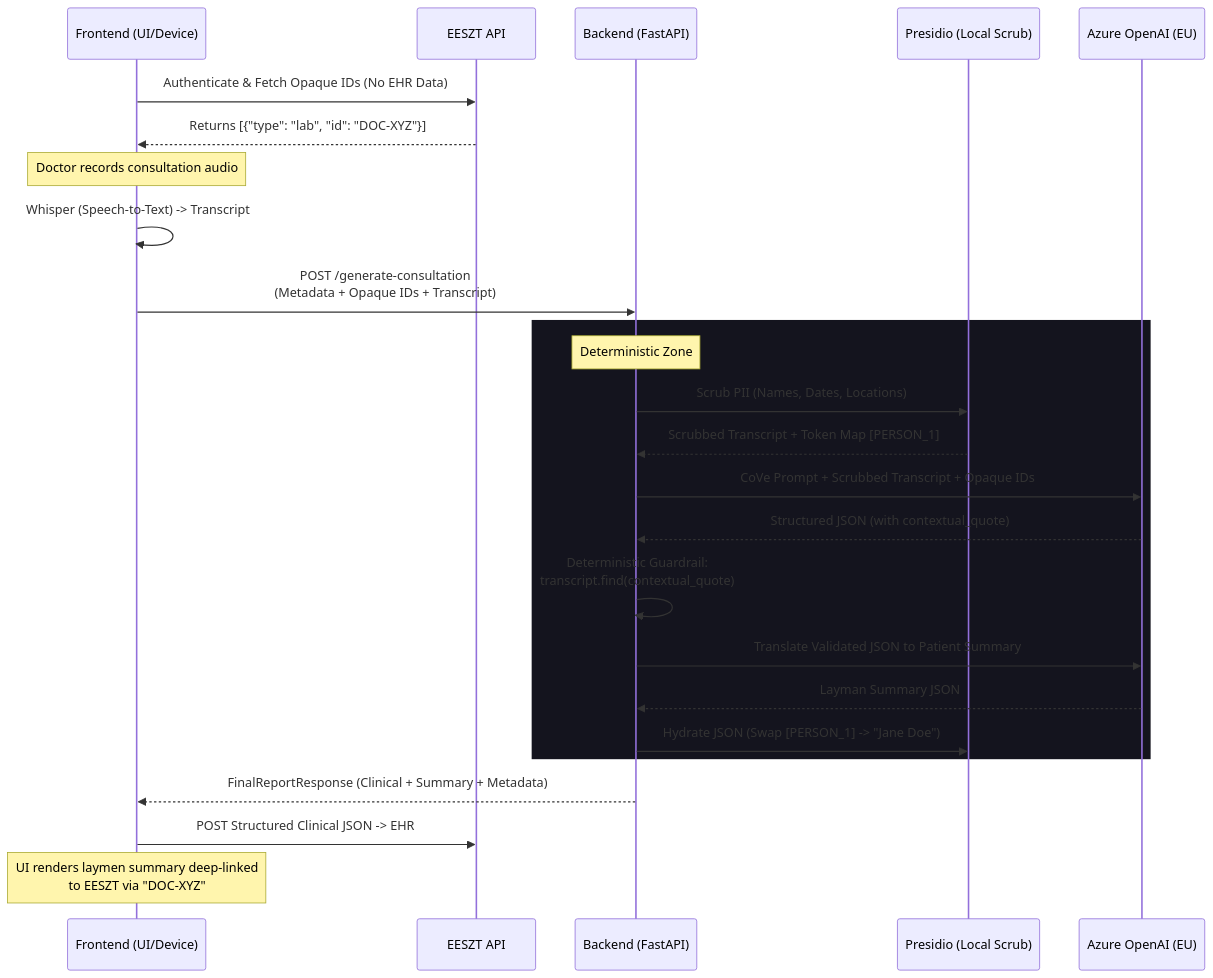
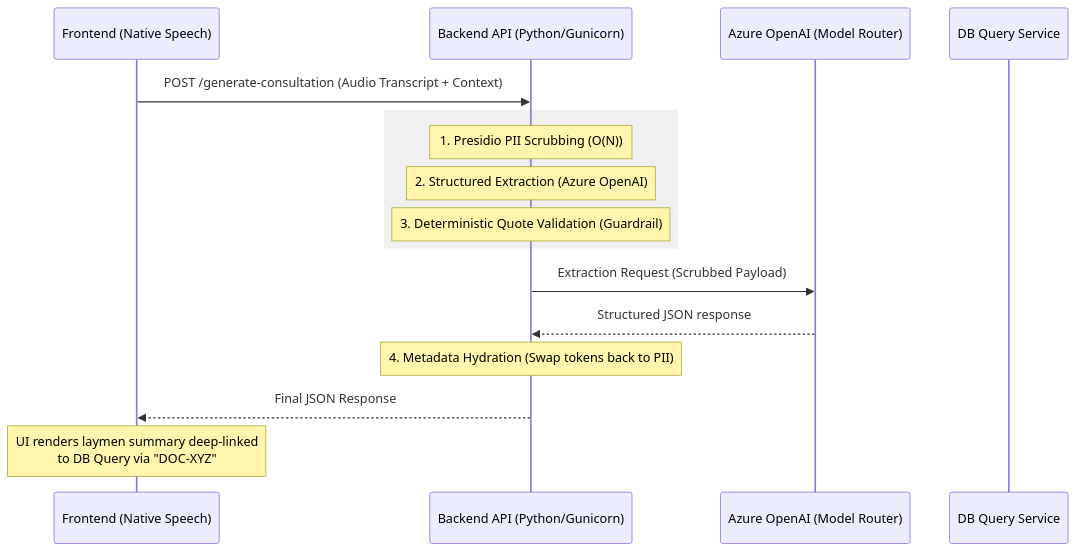
Before and after one commit to GregoJaca/GDE-MIT-mesh: the diagram in backend/README.md, drawn with Mermaid. The commit also changed other lines of this file and 26 other files, not shown here.

Commit message:
feat: production-grade clinical pipeline with zero-hallucination guardrails Verified E2E: multi-entity pointer mapping, PII hydration, and adversarial robustness. Refactored to Google-standard monolithic architecture with unified system terminology.

````diff
--- a/backend/README.md
+++ b/backend/README.md
@@ -9,30 +9,23 @@
 ```mermaid
 sequenceDiagram
-    participant F as Frontend (UI/Device)
-    participant E as EESZT API
-    participant B as Backend (FastAPI)
-    participant P as Presidio (Local Scrub)
-    participant L as Azure OpenAI (EU)
+    participant F as Frontend (Native Speech)
+    participant B as Backend API (Python/Gunicorn)
+    participant LLM as Azure OpenAI (Model Router)
+    participant E as DB Query Service
+    
+    F->>B: POST /generate-consultation (Audio Transcript + Context)
+    
+    rect rgb(240, 240, 240)
+        Note over B: 1. Presidio PII Scrubbing (O(N))
+        Note over B: 2. Structured Extraction (Azure OpenAI)
+        Note over B: 3. Deterministic Quote Validation (Guardrail)
+    end
 
-    F->>E: Authenticate & Fetch Opaque IDs (No EHR Data)
-    E-->>F: Returns [{"type": "lab", "id": "DOC-XYZ"}]
-    Note over F: Doctor records consultation audio
-    F->>F: Whisper (Speech-to-Text) -> Transcript
-    F->>B: POST /generate-consultation<br>(Metadata + Opaque IDs + Transcript)
+    B->>LLM: Extraction Request (Scrubbed Payload)
+    LLM-->>B: Structured JSON response
     
-    rect rgb(20, 20, 30)
-    Note over B: Deterministic Zone
-    B->>P: Scrub PII (Names, Dates, Locations)
-    P-->>B: Scrubbed Transcript + Token Map [PERSON_1]
-    B->>L: CoVe Prompt + Scrubbed Transcript + Opaque IDs
-    L-->>B: Structured JSON (with contextual_quote)
-    B->>B: Deterministic Guardrail:<br>transcript.find(contextual_quote)
-    B->>L: Translate Validated JSON to Patient Summary
-    L-->>B: Layman Summary JSON
-    B->>P: Hydrate JSON (Swap [PERSON_1] -> "Jane Doe")
-    end
+    Note over B: 4. Metadata Hydration (Swap tokens back to PII)
     
-    B-->>F: FinalReportResponse (Clinical + Summary + Metadata)
-    F->>E: POST Structured Clinical JSON -> EHR
-    Note over F: UI renders laymen summary deep-linked<br>to EESZT via "DOC-XYZ"
+    B-->>F: Final JSON Response
+    Note over F: UI renders laymen summary deep-linked<br/>to DB Query via "DOC-XYZ"
 ```
````
